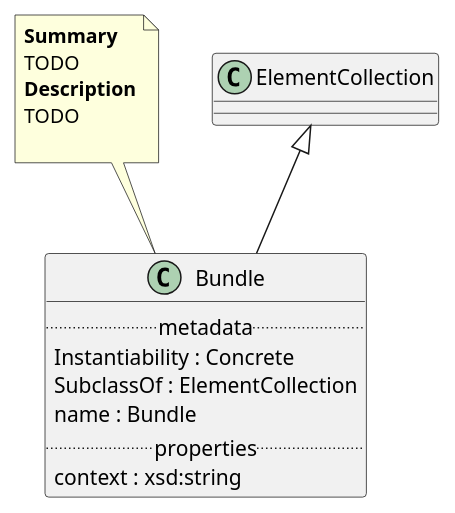
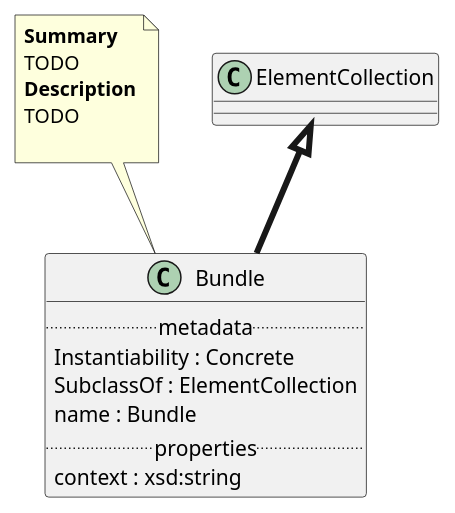
One commit to maxhbr/spec-parser.hs changed the diagram in Classes/Bundle.puml. Above: the diagram before and after it, drawn with PlantUML. The commit also changed 61 other files, not shown here.

```diff
--- a/Classes/Bundle.puml
+++ b/Classes/Bundle.puml
@@ -1,18 +1,18 @@
 @startuml
 class Bundle {
 .. metadata ..
     Instantiability : Concrete
     SubclassOf : ElementCollection
     name : Bundle
 .. properties ..
     context : xsd:string
 }
 note top of Bundle
 <b>Summary</b>
 TODO
 <b>Description</b>
 TODO
 
 end note
-"ElementCollection" <|-- "Bundle"
+"ElementCollection" <|-[thickness=4]- "Bundle"
 @enduml
```
